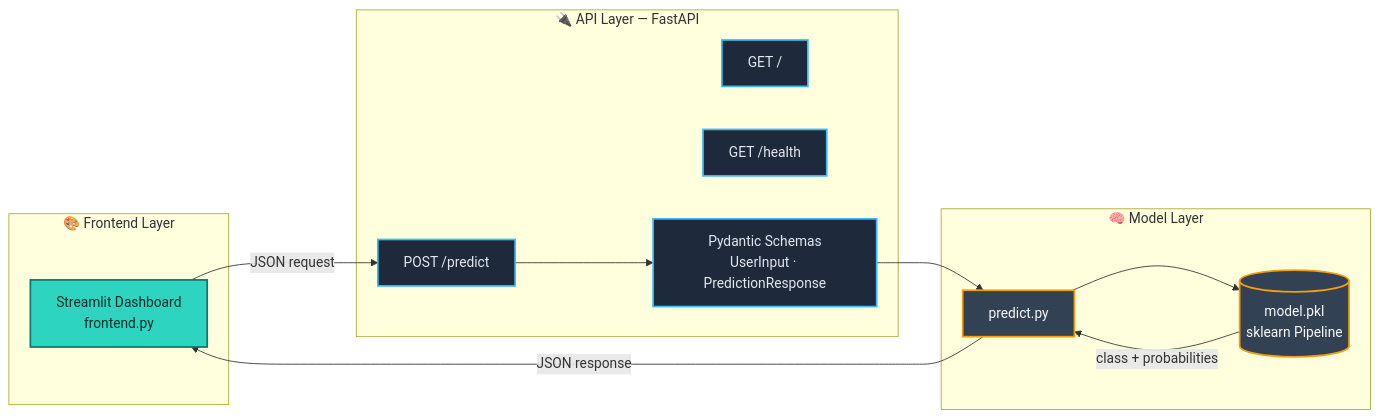
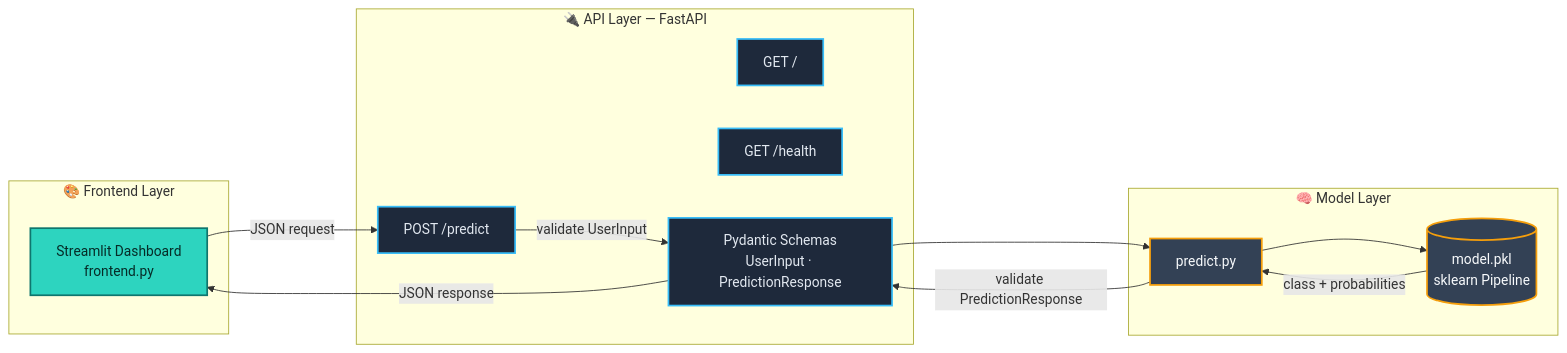
Before and after one commit to Og-Brutal/insurance-premium-predictor: the first of 3 diagrams in README.md, drawn with Mermaid. The commit also changed other lines of this file, not shown here.

Commit message:
The Architecture in README.md updated.

````diff
--- a/README.md
+++ b/README.md
@@ -61,32 +61,33 @@
 ```mermaid
 flowchart LR
     subgraph CLIENT["🎨 Frontend Layer"]
         UI["Streamlit Dashboard<br/>frontend.py"]
     end
 
     subgraph SERVER["🔌 API Layer — FastAPI"]
         R1["GET /"]
         R2["GET /health"]
         R3["POST /predict"]
         SCHEMA["Pydantic Schemas<br/>UserInput · PredictionResponse"]
     end
 
     subgraph ML["🧠 Model Layer"]
         PKL[("model.pkl<br/>sklearn Pipeline")]
         PRED["predict.py"]
     end
 
     UI -- "JSON request" --> R3
-    R3 --> SCHEMA
+    R3 -- "validate UserInput" --> SCHEMA
     SCHEMA --> PRED
     PRED --> PKL
     PKL -- "class + probabilities" --> PRED
-    PRED -- "JSON response" --> UI
+    PRED -- "validate PredictionResponse" --> SCHEMA
+    SCHEMA -- "JSON response" --> UI
 
     classDef ui fill:#2DD4BF,stroke:#0F766E,color:#062B27,stroke-width:2px;
     classDef api fill:#1E293B,stroke:#38BDF8,color:#E2E8F0,stroke-width:2px;
     classDef model fill:#334155,stroke:#F59E0B,color:#F8FAFC,stroke-width:2px;
     class UI ui;
     class R1,R2,R3,SCHEMA api;
     class PKL,PRED model;
 ```
````
